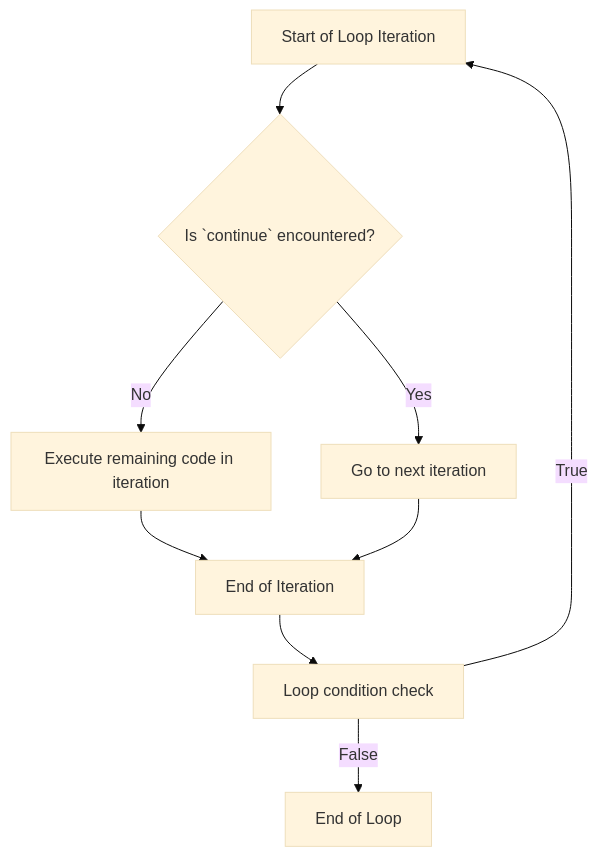
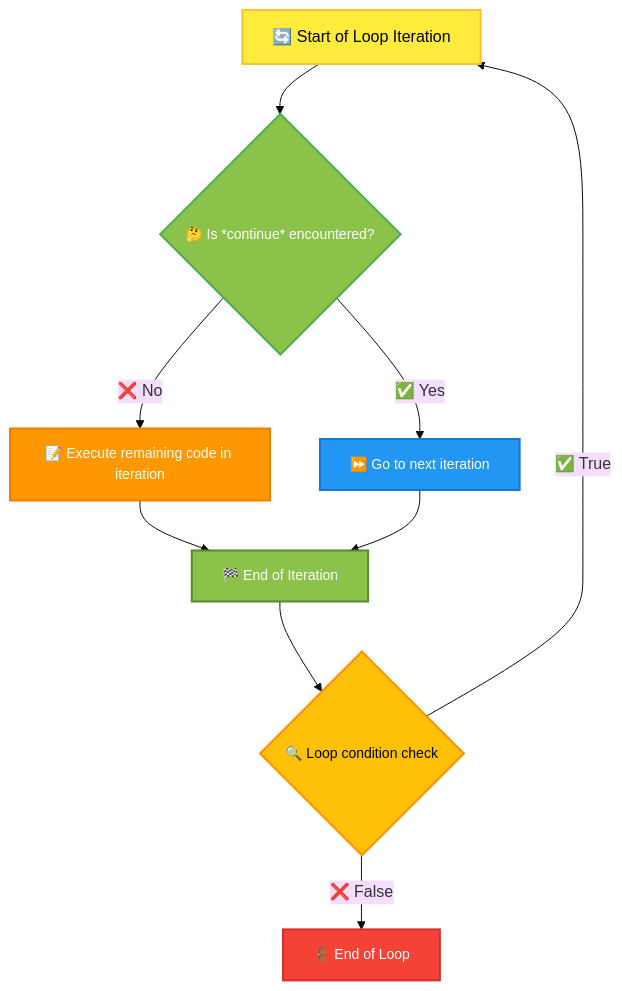
Diagram 14 of 18 in _posts/2024-11-28-c-control-statements-decision-making.md (infoyouth/infoyouth.github.io), drawn with Mermaid (base theme) before and after one commit. The commit also changed other lines of this file, not shown here.

````diff
--- a/_posts/2024-11-28-c-control-statements-decision-making.md
+++ b/_posts/2024-11-28-c-control-statements-decision-making.md
@@ -1400,11 +1597,20 @@
 ```mermaid
 graph TD
-    A[Start of Loop Iteration] --> B{Is `continue` encountered?};
-    B -- Yes --> C[Go to next iteration];
-    B -- No --> D[Execute remaining code in iteration];
-    D --> E[End of Iteration];
+    A[🔄 Start of Loop Iteration] --> B{🤔 Is *continue* encountered?};
+    B -- ✅ Yes --> C[⏩ Go to next iteration];
+    B -- ❌ No --> D[📝 Execute remaining code in iteration];
+    D --> E[🏁 End of Iteration];
     C --> E;
-    E --> F[Loop condition check];
-    F -- True --> A;
-    F -- False --> G[End of Loop];
+    E --> F{🔍 Loop condition check};
+    F -- ✅ True --> A;
+    F -- ❌ False --> G[🚪 End of Loop];
+
+    style A fill:#FFEB3B,stroke:#FBC02D,stroke-width:2px,color:#000000,font-size:16px
+    style B fill:#8BC34A,stroke:#4CAF50,stroke-width:2px,color:#FFFFFF,font-size:14px
+    style C fill:#2196F3,stroke:#1976D2,stroke-width:2px,color:#FFFFFF,font-size:14px
+    style D fill:#FF9800,stroke:#F57C00,stroke-width:2px,color:#FFFFFF,font-size:14px
+    style E fill:#8BC34A,stroke:#558B2F,stroke-width:2px,color:#FFFFFF,font-size:14px
+    style F fill:#FFC107,stroke:#FF8F00,stroke-width:2px,color:#000000,font-size:14px
+    style G fill:#F44336,stroke:#D32F2F,stroke-width:2px,color:#FFFFFF,font-size:14px
+
 ```
````
